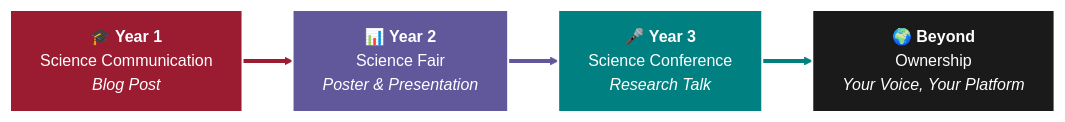
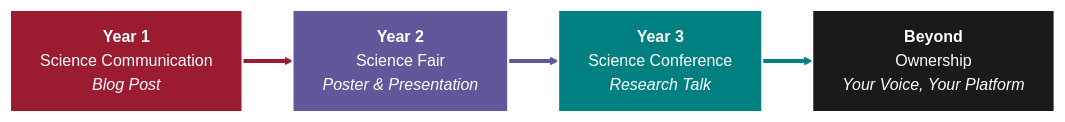
Before and after one commit to LittleMonkeyLab/PS51009D_blog: the diagram in slides-why-scicomm.qmd, drawn with Mermaid. The commit also changed other lines of this file, not shown here.

Commit message:
updates and lock in

````diff
--- a/slides-why-scicomm.qmd
+++ b/slides-why-scicomm.qmd
@@ -480,16 +480,16 @@
 ```{mermaid}
 %%| fig-width: 10
 flowchart LR
-    A["🎓 <b>Year 1</b><br>Science Communication<br><i>Blog Post</i>"] ==> B["📊 <b>Year 2</b><br>Science Fair<br><i>Poster & Presentation</i>"]
-    B ==> C["🎤 <b>Year 3</b><br>Science Conference<br><i>Research Talk</i>"]
-    C ==> D["🌍 <b>Beyond</b><br>Ownership<br><i>Your Voice, Your Platform</i>"]
+    A["<b>Year 1</b><br>Science Communication<br><i>Blog Post</i>"] ==> B["<b>Year 2</b><br>Science Fair<br><i>Poster & Presentation</i>"]
+    B ==> C["<b>Year 3</b><br>Science Conference<br><i>Research Talk</i>"]
+    C ==> D["<b>Beyond</b><br>Ownership<br><i>Your Voice, Your Platform</i>"]
 
     style A fill:#9B1B30,color:#fff,stroke:#fff,stroke-width:2px
     style B fill:#61589C,color:#fff,stroke:#fff,stroke-width:2px
     style C fill:#008080,color:#fff,stroke:#fff,stroke-width:2px
     style D fill:#1a1a1a,color:#fff,stroke:#fff,stroke-width:2px
 
     linkStyle 0 stroke:#9B1B30,stroke-width:4px
     linkStyle 1 stroke:#61589C,stroke-width:4px
     linkStyle 2 stroke:#008080,stroke-width:4px
 ```
````
